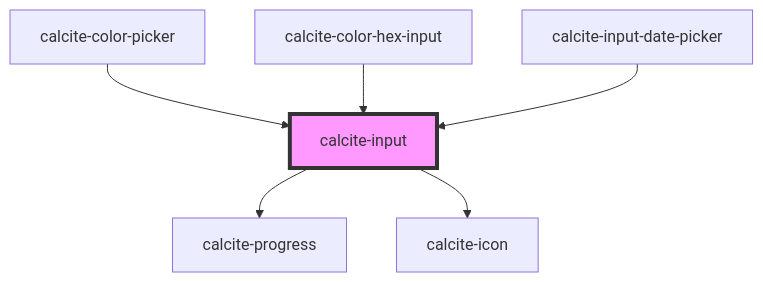
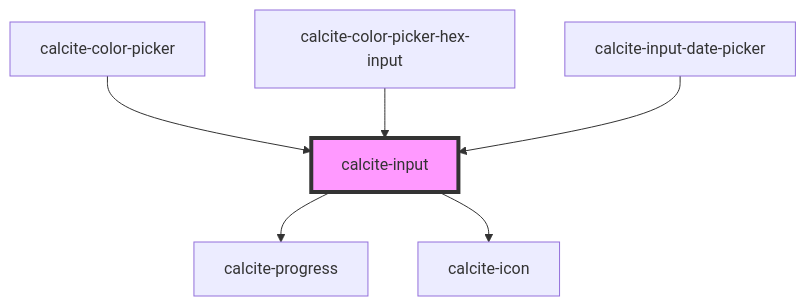
Before and after one commit to Esri/calcite-design-system: the diagram in src/components/calcite-input/readme.md, drawn with Mermaid. The commit also changed other lines of this file and 18 other files, not shown here.

````diff
--- a/src/components/calcite-input/readme.md
+++ b/src/components/calcite-input/readme.md
@@ -180,9 +180,9 @@
 ```mermaid
 graph TD;
   calcite-input --> calcite-progress
   calcite-input --> calcite-icon
   calcite-color-picker --> calcite-input
-  calcite-color-hex-input --> calcite-input
+  calcite-color-picker-hex-input --> calcite-input
   calcite-input-date-picker --> calcite-input
   style calcite-input fill:#f9f,stroke:#333,stroke-width:4px
 ```
````
